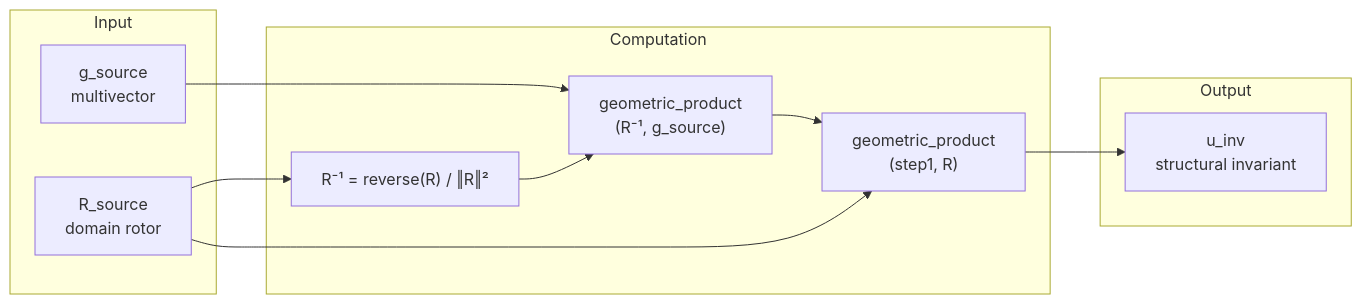
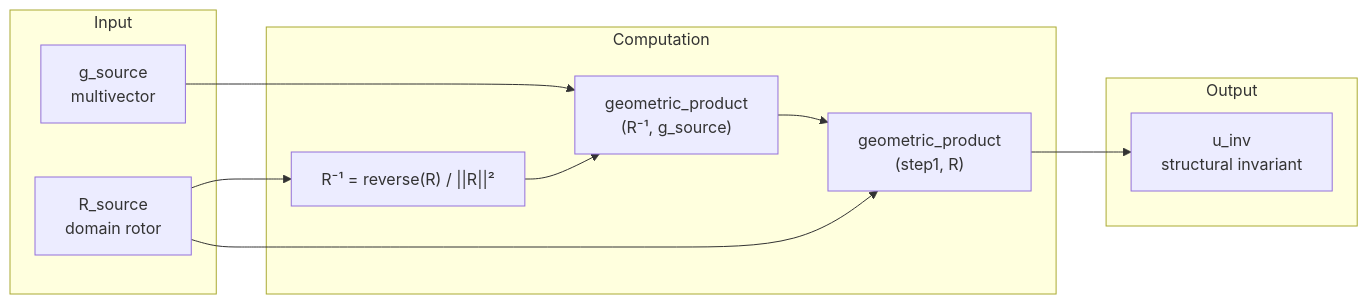
One commit to ShmidtS/hypercoplexAI changed the fifth of 22 diagrams in docs/DIAGRAMS.md. Above: the diagram before and after it, drawn with Mermaid. The commit also changed other lines of this file and 3 other files, not shown here.

First line of the commit message:
docs: update ARCHITECTURE, DIAGRAMS, README, HDIM docs

````diff
--- a/docs/DIAGRAMS.md
+++ b/docs/DIAGRAMS.md
@@ -359,24 +495,24 @@
 ```mermaid
 flowchart LR
     subgraph Input
         G["g_source<br/>multivector"]
         R["R_source<br/>domain rotor"]
     end
-    
+
     subgraph Computation
-        INV["R⁻¹ = reverse(R) / ‖R‖²"]
+        INV["R⁻¹ = reverse(R) / ||R||²"]
         GP1["geometric_product<br/>(R⁻¹, g_source)"]
         GP2["geometric_product<br/>(step1, R)"]
     end
-    
+
     subgraph Output
         U["u_inv<br/>structural invariant"]
     end
-    
+
     R --> INV
     G --> GP1
     INV --> GP1
     GP1 --> GP2
     R --> GP2
     GP2 --> U
 ```
````
